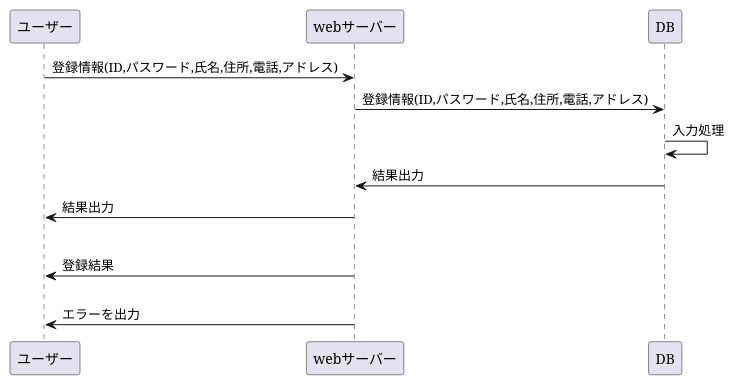
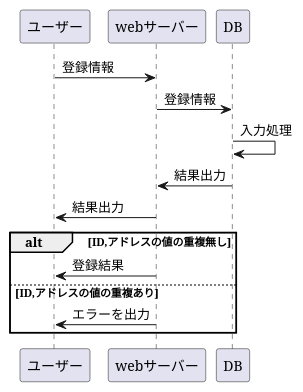
One commit to Aso2001159/2021sys-design changed the diagram in sample-frow.md. Above: the diagram before and after it, drawn with PlantUML.

````diff
--- a/sample-frow.md
+++ b/sample-frow.md
@@ -1,16 +1,16 @@
 ```uml
 
 @startuml
-  note left:登録情報
-  ユーザー -> webサーバー : 登録情報(ID,パスワード,氏名,住所,電話,アドレス)
-  webサーバー -> DB : 登録情報(ID,パスワード,氏名,住所,電話,アドレス)
+  ユーザー -> webサーバー : 登録情報
+  webサーバー -> DB : 登録情報
   DB -> DB : 入力処理
   DB -> webサーバー : 結果出力
   webサーバー -> ユーザー : 結果出力
   alt ID,アドレスの値の重複無し
   webサーバー -> ユーザー : 登録結果
   else ID,アドレスの値の重複あり
   webサーバー -> ユーザー : エラーを出力
+  end
 @enduml
 
 ```
````
